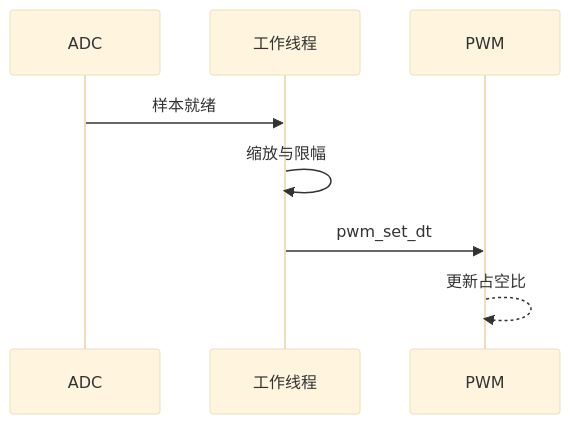
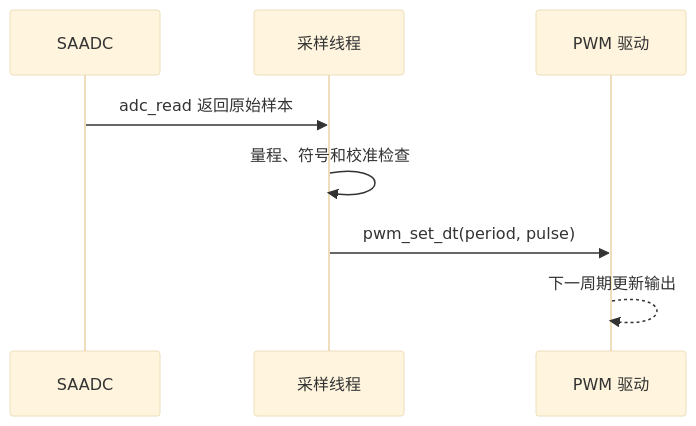
Before and after one commit to cdragon-ljl/EEandEdgeAI: the second of 3 diagrams in docs/articles/zephyr/zephyr-22-peripheral-advanced-pwm-adc-ppi.md, drawn with Mermaid (base theme). The commit also changed other lines of this file and 35 other files, not shown here.

````diff
--- a/docs/articles/zephyr/zephyr-22-peripheral-advanced-pwm-adc-ppi.md
+++ b/docs/articles/zephyr/zephyr-22-peripheral-advanced-pwm-adc-ppi.md
@@ -47,10 +34,10 @@
 ```mermaid
 sequenceDiagram
-    participant A as ADC
-    participant W as 工作线程
-    participant P as PWM
-    A->>W: 样本就绪
-    W->>W: 缩放与限幅
-    W->>P: pwm_set_dt
-    P-->>P: 更新占空比
+    participant ADC as SAADC
+    participant App as 采样线程
+    participant PWM as PWM 驱动
+    ADC->>App: adc_read 返回原始样本
+    App->>App: 量程、符号和校准检查
+    App->>PWM: pwm_set_dt(period, pulse)
+    PWM-->>PWM: 下一周期更新输出
 ```
````
